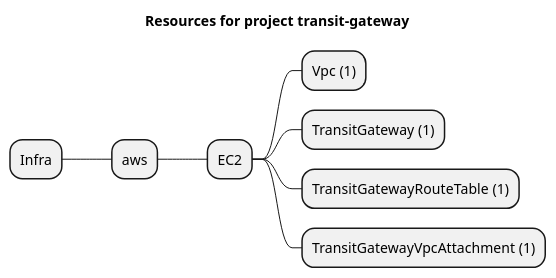
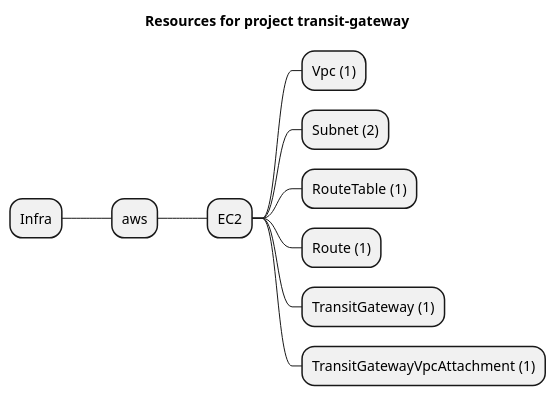
One commit to grucloud/grucloud changed the diagram in examples/aws/EC2/transit-gateway/artifacts/resources-mindmap.puml. Above: the diagram before and after it, drawn with PlantUML. The commit also changed 92 other files, not shown here.

```diff
--- a/examples/aws/EC2/transit-gateway/artifacts/resources-mindmap.puml
+++ b/examples/aws/EC2/transit-gateway/artifacts/resources-mindmap.puml
@@ -1,11 +1,13 @@
 @startmindmap
 title Resources for project transit-gateway
 skinparam monochrome true
 + Infra
 ++ aws
 +++ EC2
 ++++ Vpc (1)
+++++ Subnet (2)
+++++ RouteTable (1)
+++++ Route (1)
 ++++ TransitGateway (1)
-++++ TransitGatewayRouteTable (1)
 ++++ TransitGatewayVpcAttachment (1)
 @endmindmap
```
